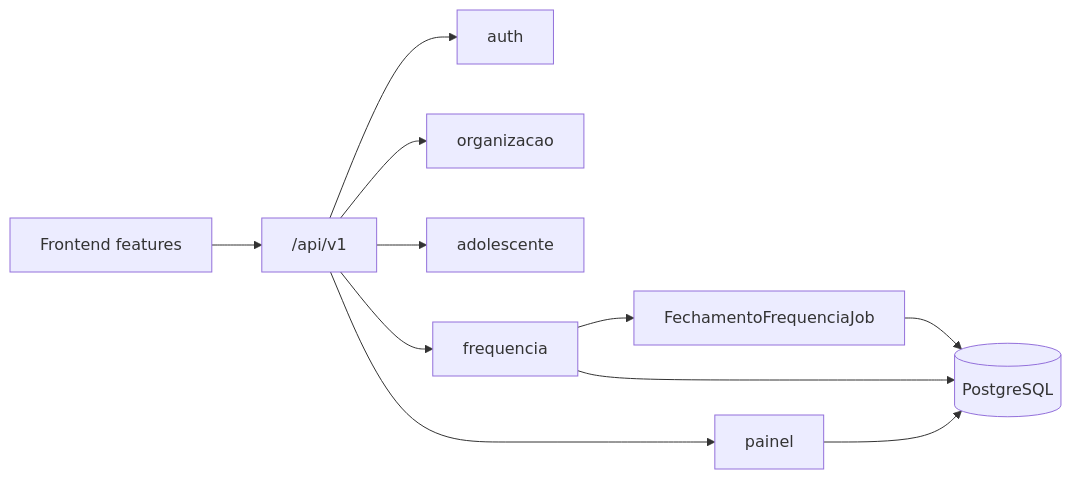
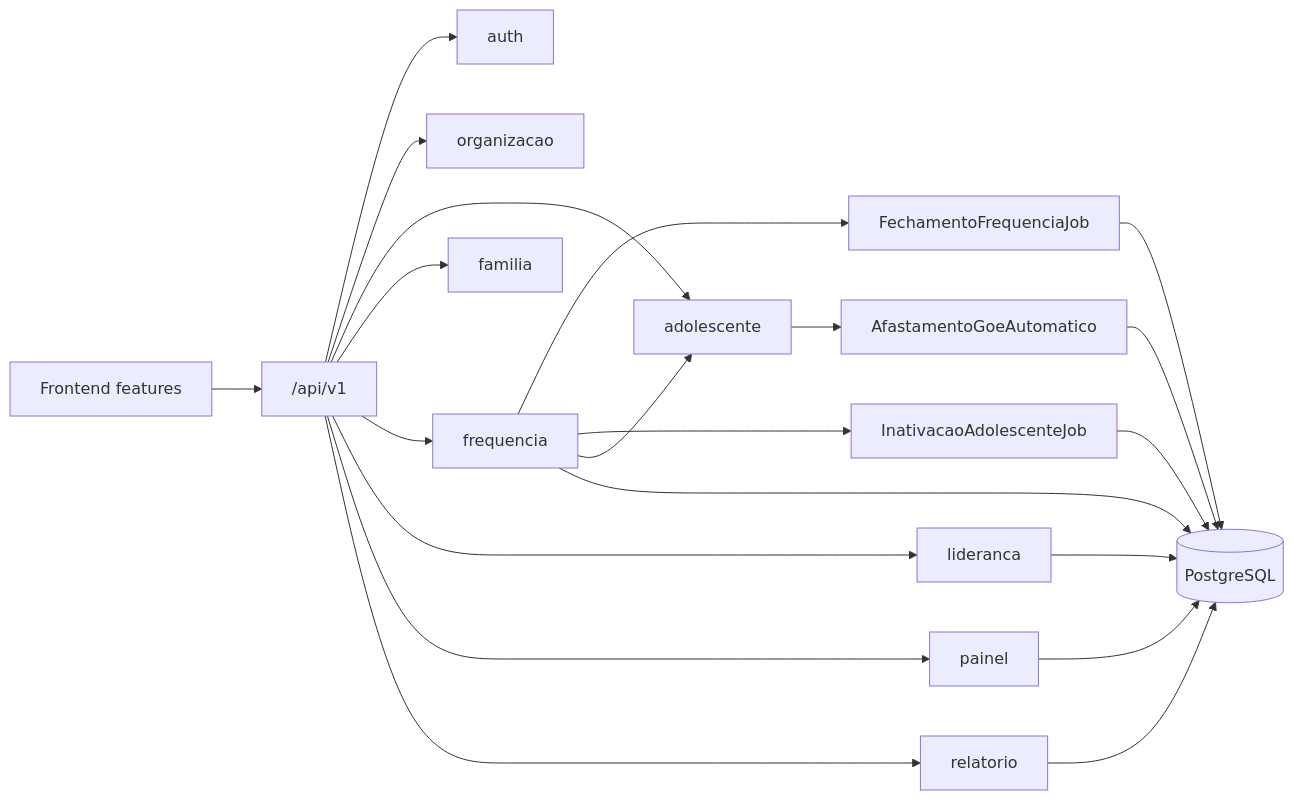
Before and after one commit to apontes77/sgd: the diagram in docs/07-arquitetura.md, drawn with Mermaid. The commit also changed other lines of this file and 8 other files, not shown here.

````diff
--- a/docs/07-arquitetura.md
+++ b/docs/07-arquitetura.md
@@ -64,13 +67,23 @@
 ```mermaid
 flowchart LR
   UI[Frontend features] --> API["/api/v1"]
   API --> Auth[auth]
   API --> Org[organizacao]
   API --> Adol[adolescente]
+  API --> Fam[familia]
   API --> Freq[frequencia]
+  API --> Lid[lideranca]
   API --> Painel[painel]
-  Freq --> Job[FechamentoFrequenciaJob]
-  Job --> DB[(PostgreSQL)]
+  API --> Rel[relatorio]
+  Freq --> JobFecha[FechamentoFrequenciaJob]
+  Freq --> JobInat[InativacaoAdolescenteJob]
+  Freq --> Adol
+  Adol --> GoeBoot[AfastamentoGoeAutomatico]
+  JobFecha --> DB[(PostgreSQL)]
+  JobInat --> DB
   Freq --> DB
+  Lid --> DB
   Painel --> DB
+  Rel --> DB
+  GoeBoot --> DB
 ```
````
